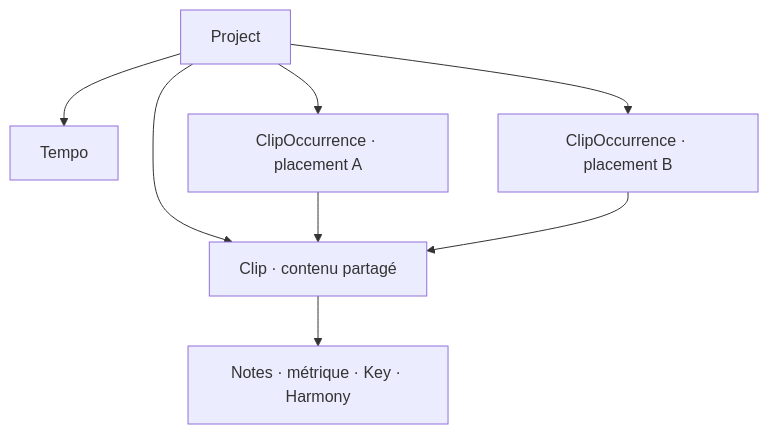
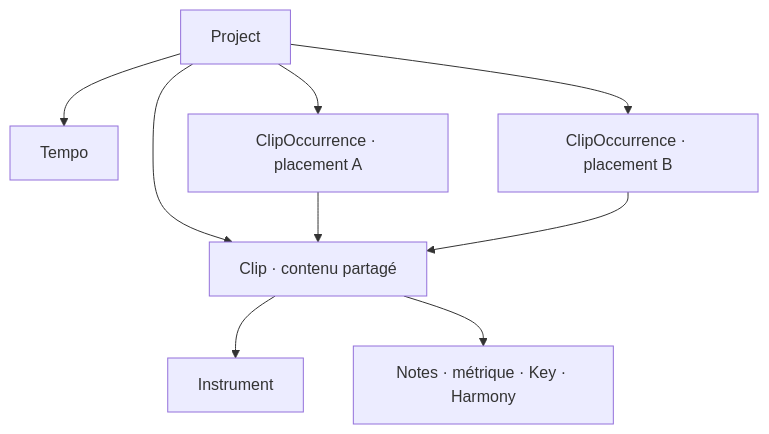
Before and after one commit to LucasBertrand/pianola-doc: the second of 4 diagrams in architecture.md, drawn with Mermaid. The commit also changed other lines of this file and 1 other file, not shown here.

Commit message:
Move instrument assignment from notes to clips

````diff
--- a/architecture.md
+++ b/architecture.md
@@ -86,10 +86,11 @@
 ```mermaid
 flowchart TD
     Project --> Tempo
     Project --> Clip["Clip · contenu partagé"]
     Project --> OccA["ClipOccurrence · placement A"]
     Project --> OccB["ClipOccurrence · placement B"]
     OccA --> Clip
     OccB --> Clip
+    Clip --> Instrument
     Clip --> Content["Notes · métrique · Key · Harmony"]
 ```
````
